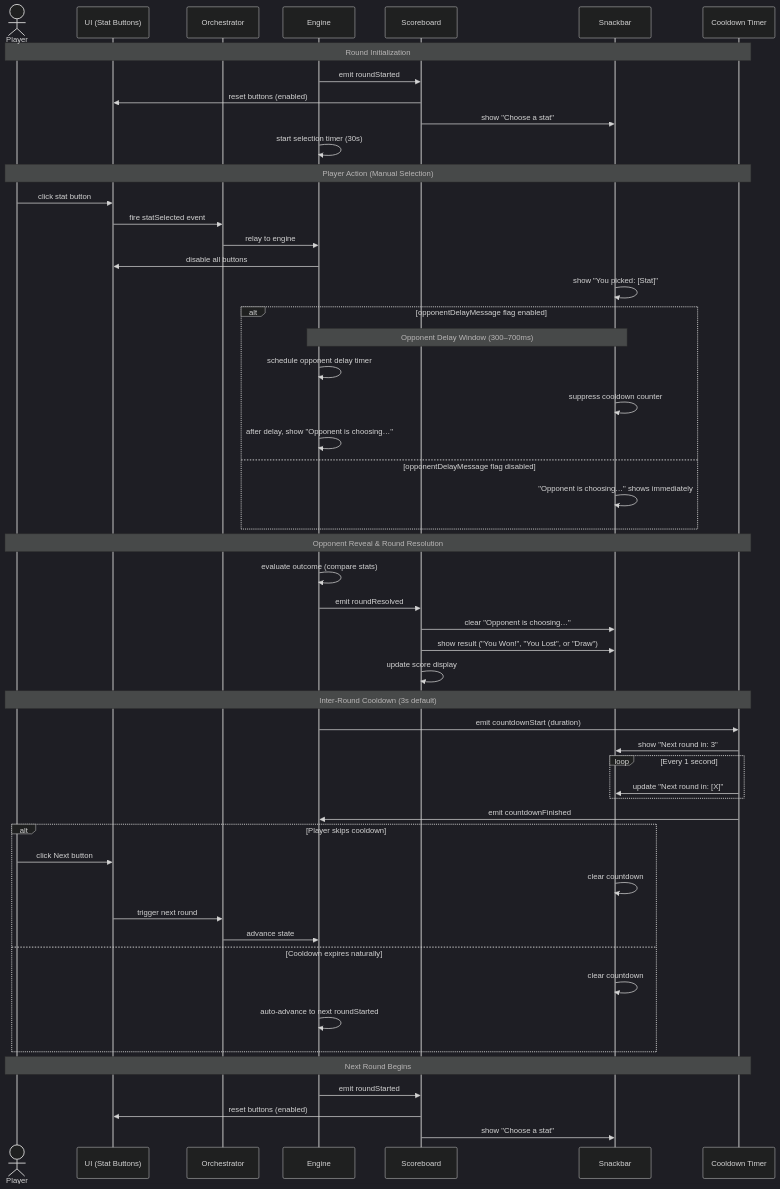
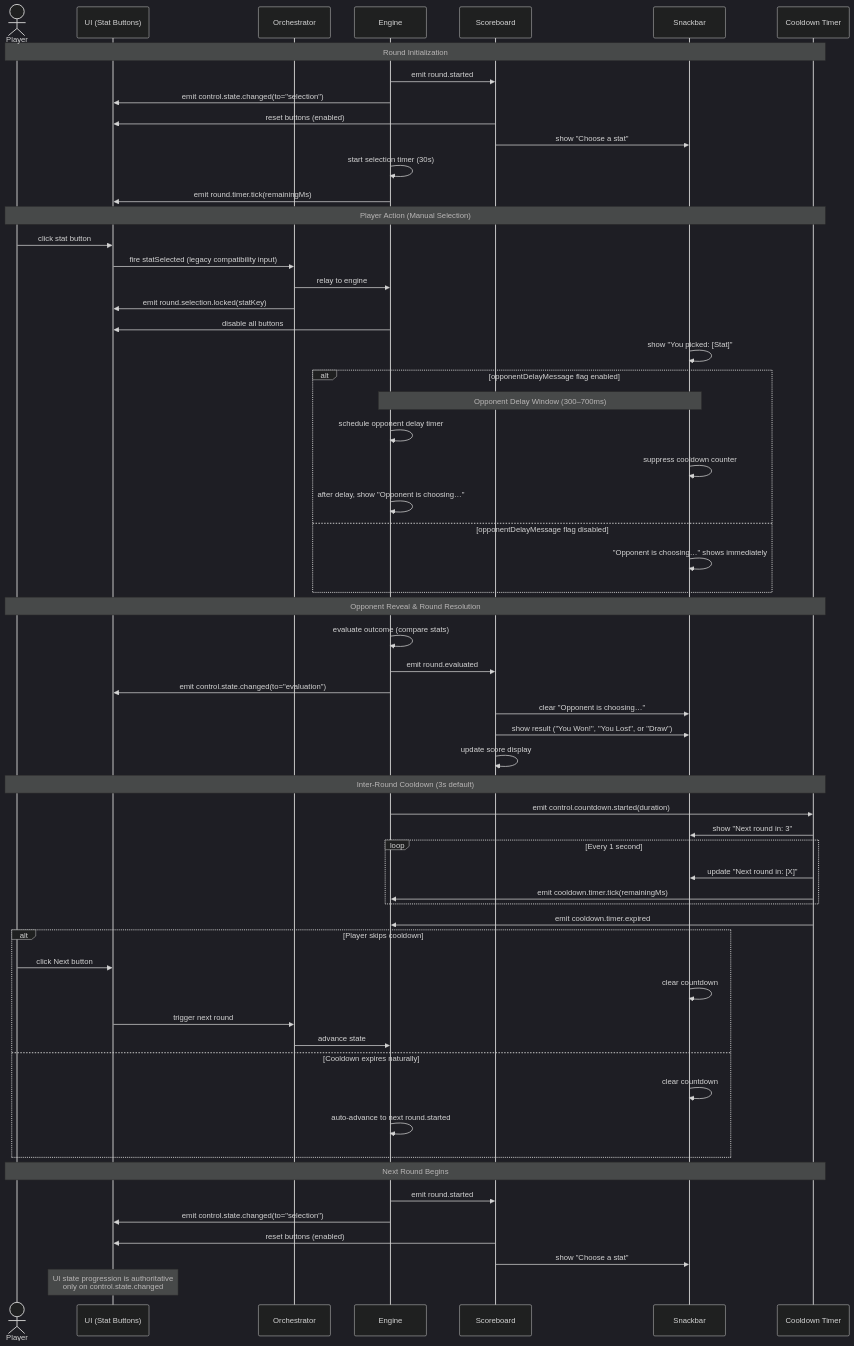
The diagram in design/productRequirementsDocuments/prdBattleClassic.md (CyanAutomation/judokon), drawn with Mermaid (dark theme) before and after one commit. The commit also changed other lines of this file and 2 other files, not shown here.

Commit message:
docs: align Mermaid event naming with canonical battle contracts (#5687)

````diff
--- a/design/productRequirementsDocuments/prdBattleClassic.md
+++ b/design/productRequirementsDocuments/prdBattleClassic.md
@@ -103,61 +105,69 @@
 ```mermaid
 sequenceDiagram
   actor Player
   participant UI as UI (Stat Buttons)
   participant Orch as Orchestrator
   participant Engine
   participant Scoreboard
   participant Snackbar
   participant Timer as Cooldown Timer
 
   Note over Player,Timer: Round Initialization
-  Engine->>Scoreboard: emit roundStarted
+  Engine->>Scoreboard: emit round.started
+  Engine->>UI: emit control.state.changed(to="selection")
   Scoreboard->>UI: reset buttons (enabled)
   Scoreboard->>Snackbar: show "Choose a stat"
   Engine->>Engine: start selection timer (30s)
+  Engine->>UI: emit round.timer.tick(remainingMs)
 
   Note over Player,Timer: Player Action (Manual Selection)
   Player->>UI: click stat button
-  UI->>Orch: fire statSelected event
+  UI->>Orch: fire statSelected (legacy compatibility input)
   Orch->>Engine: relay to engine
+  Orch->>UI: emit round.selection.locked(statKey)
   Engine->>UI: disable all buttons
   Snackbar->>Snackbar: show "You picked: [Stat]"
 
   alt opponentDelayMessage flag enabled
     Note over Engine,Snackbar: Opponent Delay Window (300–700ms)
     Engine->>Engine: schedule opponent delay timer
     Snackbar->>Snackbar: suppress cooldown counter
     Engine->>Engine: after delay, show "Opponent is choosing…"
   else opponentDelayMessage flag disabled
     Snackbar->>Snackbar: "Opponent is choosing…" shows immediately
   end
 
   Note over Player,Timer: Opponent Reveal & Round Resolution
   Engine->>Engine: evaluate outcome (compare stats)
-  Engine->>Scoreboard: emit roundResolved
+  Engine->>Scoreboard: emit round.evaluated
+  Engine->>UI: emit control.state.changed(to="evaluation")
   Scoreboard->>Snackbar: clear "Opponent is choosing…"
   Scoreboard->>Snackbar: show result ("You Won!", "You Lost", or "Draw")
   Scoreboard->>Scoreboard: update score display
 
   Note over Player,Timer: Inter-Round Cooldown (3s default)
-  Engine->>Timer: emit countdownStart (duration)
+  Engine->>Timer: emit control.countdown.started(duration)
   Timer->>Snackbar: show "Next round in: 3"
   loop Every 1 second
     Timer->>Snackbar: update "Next round in: [X]"
+    Timer->>Engine: emit cooldown.timer.tick(remainingMs)
   end
-  Timer->>Engine: emit countdownFinished
+  Timer->>Engine: emit cooldown.timer.expired
   alt Player skips cooldown
     Player->>UI: click Next button
     Snackbar->>Snackbar: clear countdown
     UI->>Orch: trigger next round
     Orch->>Engine: advance state
   else Cooldown expires naturally
     Snackbar->>Snackbar: clear countdown
-    Engine->>Engine: auto-advance to next roundStarted
+    Engine->>Engine: auto-advance to next round.started
   end
 
   Note over Player,Timer: Next Round Begins
-  Engine->>Scoreboard: emit roundStarted
+  Engine->>Scoreboard: emit round.started
+  Engine->>UI: emit control.state.changed(to="selection")
   Scoreboard->>UI: reset buttons (enabled)
   Scoreboard->>Snackbar: show "Choose a stat"
+
+  Note over UI: UI state progression is authoritative<br/>only on control.state.changed
 ```
````
